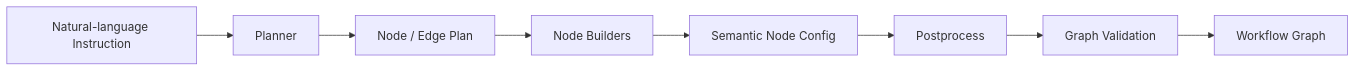
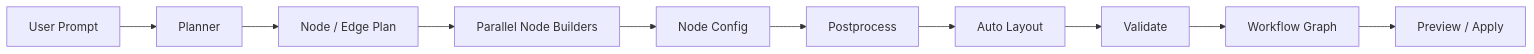
The fourth of 10 diagrams in weekly-report/dify-1.17-core-capabilities-research.md (sgfd-ui/internship), drawn with Mermaid before and after one commit. The commit also changed other lines of this file, not shown here.

````diff
--- a/weekly-report/dify-1.17-core-capabilities-research.md
+++ b/weekly-report/dify-1.17-core-capabilities-research.md
@@ -78,10 +126,12 @@
 ```mermaid
 flowchart LR
-    A[Natural-language Instruction] --> B[Planner]
+    A[User Prompt] --> B[Planner]
     B --> C[Node / Edge Plan]
-    C --> D[Node Builders]
-    D --> E[Semantic Node Config]
+    C --> D[Parallel Node Builders]
+    D --> E[Node Config]
     E --> F[Postprocess]
-    F --> G[Graph Validation]
-    G --> H[Workflow Graph]
+    F --> G[Auto Layout]
+    G --> H[Validate]
+    H --> I[Workflow Graph]
+    I --> J[Preview / Apply]
 ```
````
